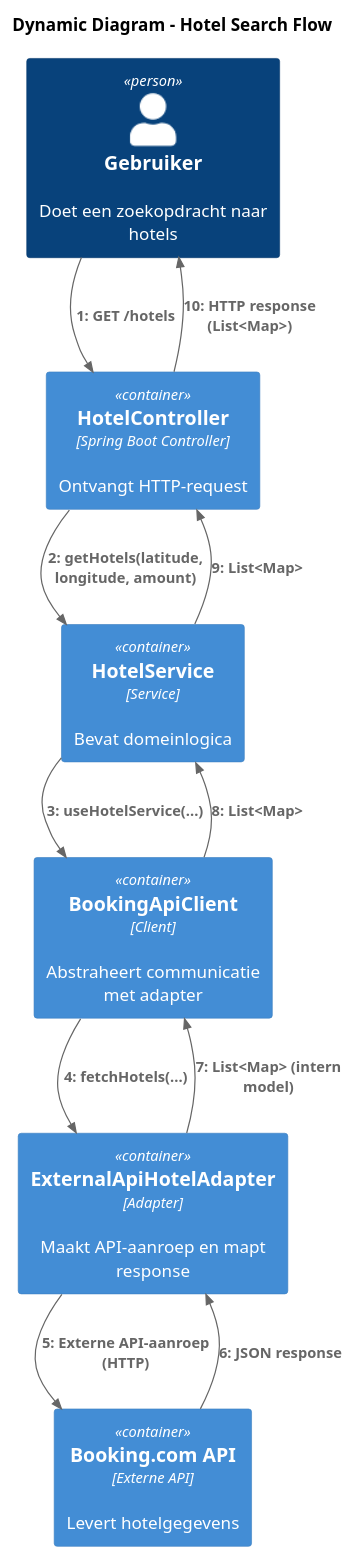
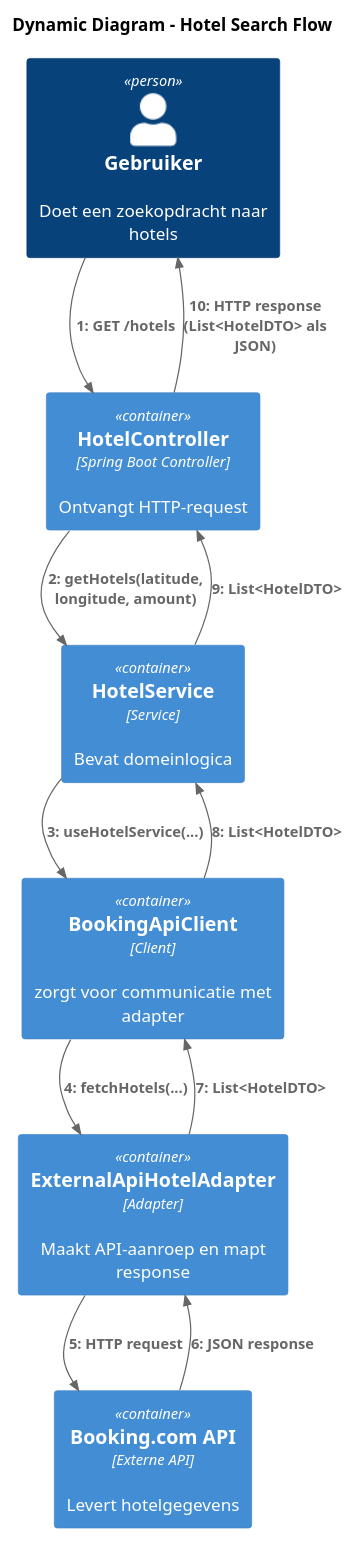
One commit to AIM-ENE-feb25/triptop-groep-3 changed the diagram in opdracht-diagrammen/Ontwerpvraag/C4 OntwerpVraag Tren/DynamicComponentDiagram.puml. Above: the diagram before and after it, drawn with PlantUML. The commit also changed 4 other files, not shown here.

Commit message:
diagrammen update met DTO

```diff
--- a/opdracht-diagrammen/Ontwerpvraag/C4 OntwerpVraag Tren/DynamicComponentDiagram.puml
+++ b/opdracht-diagrammen/Ontwerpvraag/C4 OntwerpVraag Tren/DynamicComponentDiagram.puml
@@ -1,28 +1,28 @@
 @startuml
 !include https://raw.githubusercontent.com/plantuml-stdlib/C4-PlantUML/master/C4_Dynamic.puml
 
 title Dynamic Diagram – Hotel Search Flow
 
-' Actors
+' Actor
 Person(user, "Gebruiker", "Doet een zoekopdracht naar hotels")
 
 ' Containers
 Container(hotelController, "HotelController", "Spring Boot Controller", "Ontvangt HTTP-request")
 Container(hotelService, "HotelService", "Service", "Bevat domeinlogica")
-Container(apiClient, "BookingApiClient", "Client", "Abstraheert communicatie met adapter")
+Container(apiClient, "BookingApiClient", "Client", "zorgt voor communicatie met adapter")
 Container(adapter, "ExternalApiHotelAdapter", "Adapter", "Maakt API-aanroep en mapt response")
 Container(bookingApi, "Booking.com API", "Externe API", "Levert hotelgegevens")
 
-' Flow
+' Interacties
 Rel(user, hotelController, "GET /hotels")
 Rel(hotelController, hotelService, "getHotels(latitude, longitude, amount)")
 Rel(hotelService, apiClient, "useHotelService(...)")
 Rel(apiClient, adapter, "fetchHotels(...)")
-Rel(adapter, bookingApi, "Externe API-aanroep (HTTP)")
+Rel(adapter, bookingApi, "HTTP request")
 Rel(bookingApi, adapter, "JSON response")
-Rel(adapter, apiClient, "List<Map> (intern model)")
-Rel(apiClient, hotelService, "List<Map>")
-Rel(hotelService, hotelController, "List<Map>")
-Rel(hotelController, user, "HTTP response (List<Map>)")
+Rel(adapter, apiClient, "List<HotelDTO>")
+Rel(apiClient, hotelService, "List<HotelDTO>")
+Rel(hotelService, hotelController, "List<HotelDTO>")
+Rel(hotelController, user, "HTTP response (List<HotelDTO> als JSON)")
 
 @enduml
```
